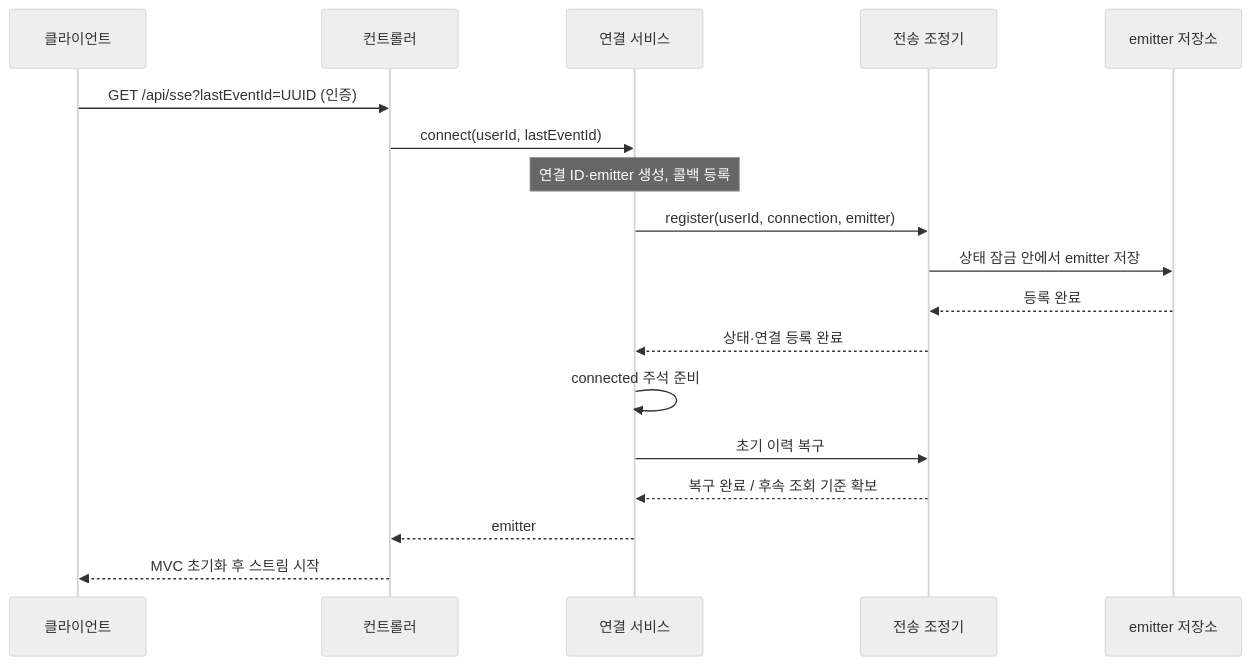
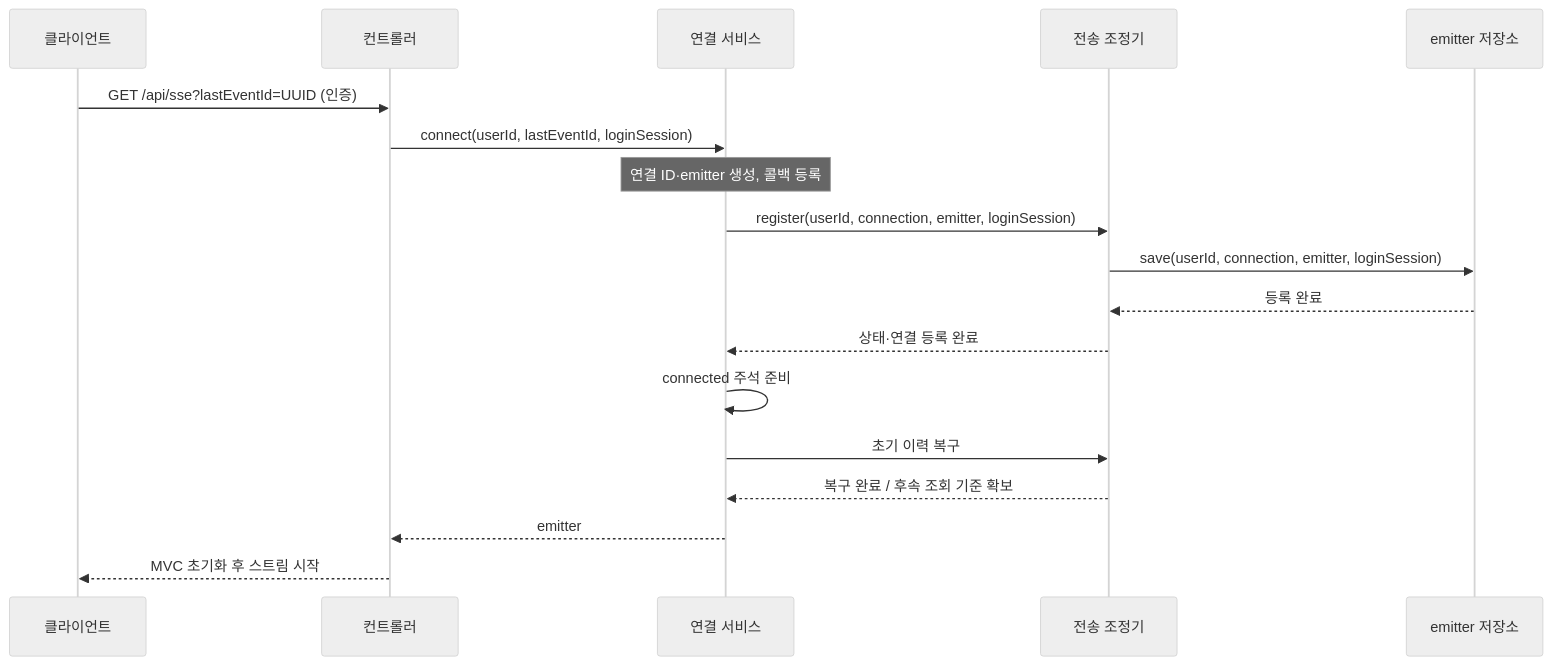
The diagram in docs/sse/01-connection-lifecycle.md (codeit-backend13-part4-team1/playlist_for_everyone), drawn with Mermaid (neutral theme) before and after one commit. The commit also changed other lines of this file and 13 other files, not shown here.

````diff
--- a/docs/sse/01-connection-lifecycle.md
+++ b/docs/sse/01-connection-lifecycle.md
@@ -24,20 +24,20 @@
 ```mermaid
 sequenceDiagram
     participant B as 클라이언트
     participant C as 컨트롤러
     participant S as 연결 서비스
     participant D as 전송 조정기
     participant R as emitter 저장소
     B->>C: GET /api/sse?lastEventId=UUID (인증)
-    C->>S: connect(userId, lastEventId)
+    C->>S: connect(userId, lastEventId, loginSession)
     Note over S: 연결 ID·emitter 생성, 콜백 등록
-    S->>D: register(userId, connection, emitter)
-    D->>R: 상태 잠금 안에서 emitter 저장
+    S->>D: register(userId, connection, emitter, loginSession)
+    D->>R: save(userId, connection, emitter, loginSession)
     R-->>D: 등록 완료
     D-->>S: 상태·연결 등록 완료
     S->>S: connected 주석 준비
     S->>D: 초기 이력 복구
     D-->>S: 복구 완료 / 후속 조회 기준 확보
     S-->>C: emitter
     C-->>B: MVC 초기화 후 스트림 시작
 ```
````
